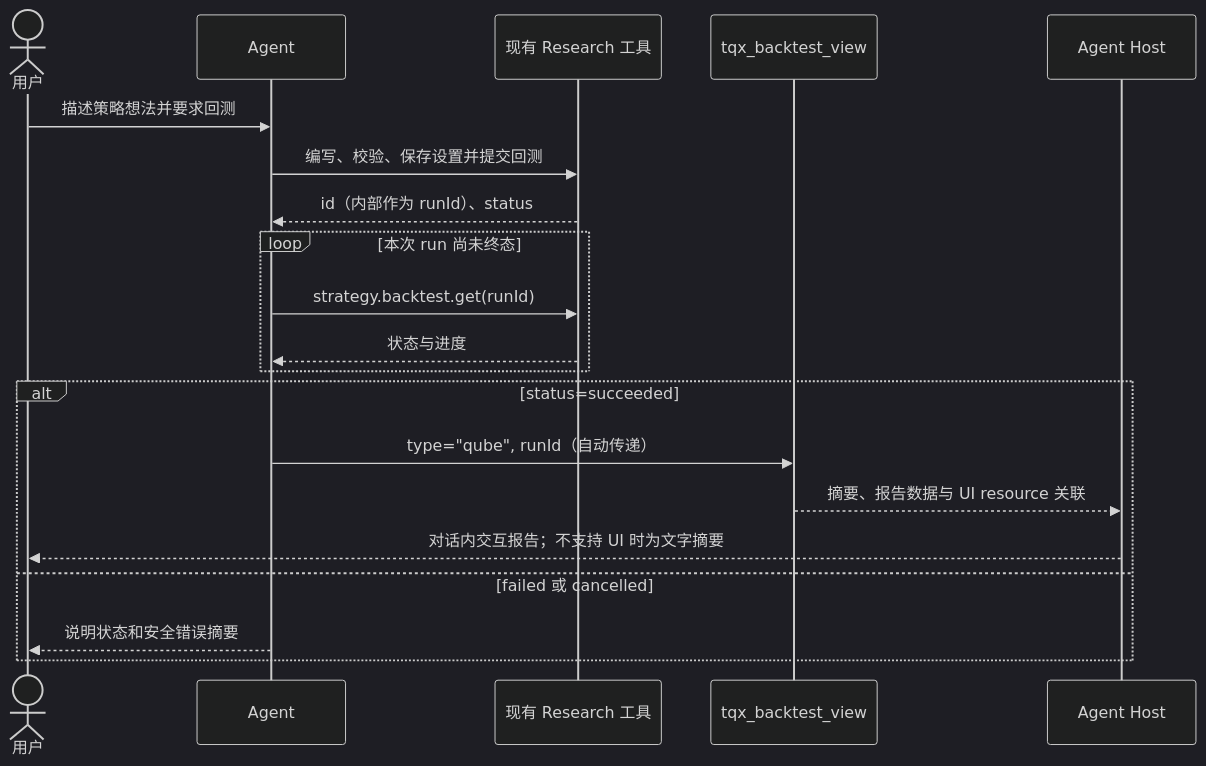
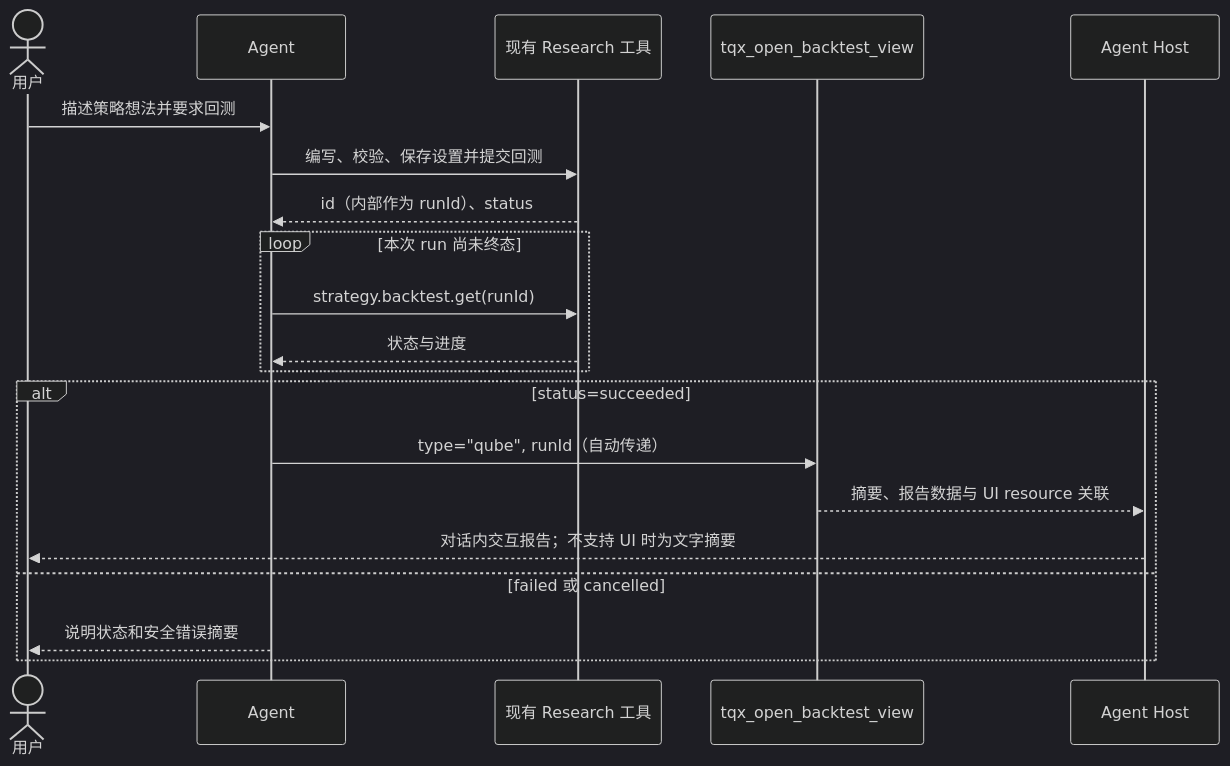
The first of 2 diagrams in packages/mcp-server/docs/backtest-mcp-app-design.md (tqx-ai/tqx-ts), drawn with Mermaid (dark theme) before and after one commit. The commit also changed other lines of this file and 40 other files, not shown here.

````diff
--- a/packages/mcp-server/docs/backtest-mcp-app-design.md
+++ b/packages/mcp-server/docs/backtest-mcp-app-design.md
@@ -267,22 +269,22 @@
 ```mermaid
 sequenceDiagram
     actor User as 用户
     participant Agent as Agent
     participant Research as 现有 Research 工具
-    participant View as tqx_backtest_view
+    participant View as tqx_open_backtest_view
     participant Host as Agent Host
     User->>Agent: 描述策略想法并要求回测
     Agent->>Research: 编写、校验、保存设置并提交回测
     Research-->>Agent: id（内部作为 runId）、status
     loop 本次 run 尚未终态
         Agent->>Research: strategy.backtest.get(runId)
         Research-->>Agent: 状态与进度
     end
     alt status=succeeded
         Agent->>View: type="qube", runId（自动传递）
         View-->>Host: 摘要、报告数据与 UI resource 关联
         Host-->>User: 对话内交互报告；不支持 UI 时为文字摘要
     else failed 或 cancelled
         Agent-->>User: 说明状态和安全错误摘要
     end
 ```
````
